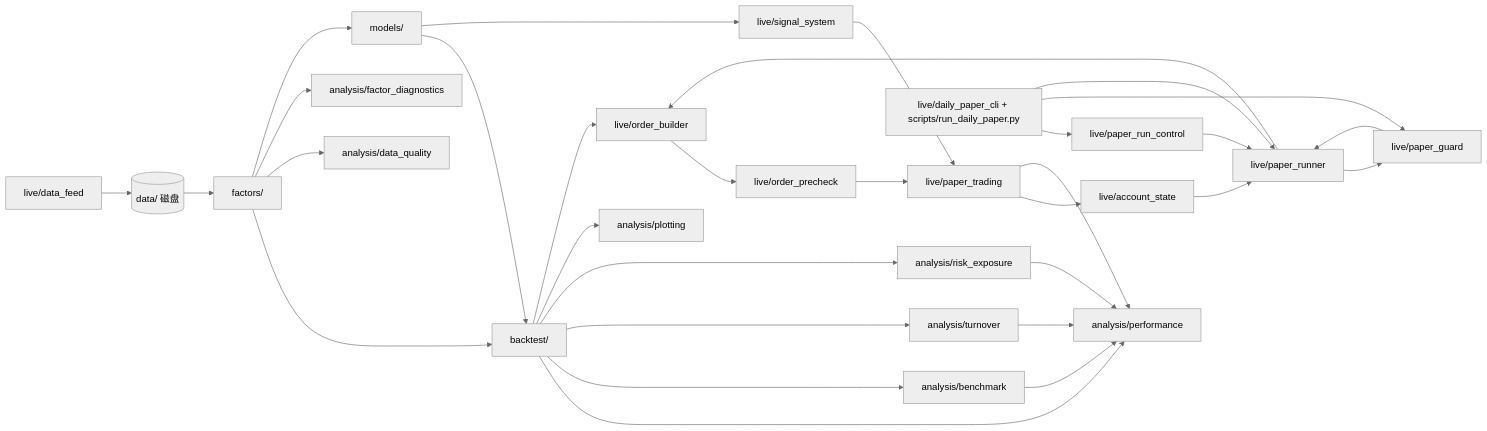
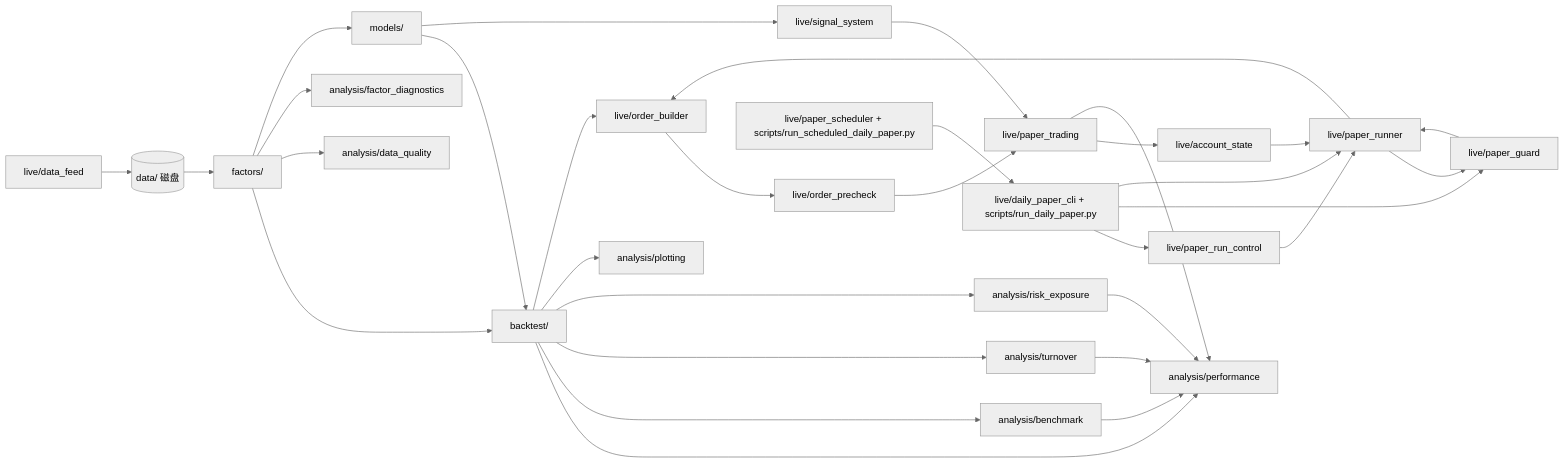
One commit to Mikowong0821/quant_strategy changed the diagram in docs/CODE_STRUCTURE.md. Above: the diagram before and after it, drawn with Mermaid (neutral theme). The commit also changed other lines of this file and 9 other files, not shown here.

Commit message:
Add scheduled paper trading entrypoint

````diff
--- a/docs/CODE_STRUCTURE.md
+++ b/docs/CODE_STRUCTURE.md
@@ -18,55 +18,57 @@
 ```mermaid
 flowchart LR
   data[(data/ 磁盘)]
   feed[live/data_feed]
   fac[factors/]
   bt[backtest/]
   opt[models/]
   sig[live/signal_system]
   order[live/order_builder]
   precheck[live/order_precheck]
   paper[live/paper_trading]
   state[live/account_state]
   runner[live/paper_runner]
   guard[live/paper_guard]
   control[live/paper_run_control]
+  scheduler[live/paper_scheduler + scripts/run_scheduled_daily_paper.py]
   cli[live/daily_paper_cli + scripts/run_daily_paper.py]
   perf[analysis/performance]
   dq[analysis/data_quality]
   diag[analysis/factor_diagnostics]
   bench[analysis/benchmark]
   turn[analysis/turnover]
   risk[analysis/risk_exposure]
   plot[analysis/plotting]
 
   data --> fac
   feed --> data
   fac --> bt
   fac --> dq
   fac --> diag
   opt --> bt
   bt --> perf
   bt --> bench
   bt --> turn
   bt --> risk
   bench --> perf
   turn --> perf
   risk --> perf
   bt --> plot
   bt --> order
   order --> precheck
   fac --> opt
   opt --> sig
   precheck --> paper
   paper --> state
   state --> runner
   cli --> control
   cli --> guard
   control --> runner
   guard --> runner
+  scheduler --> cli
   runner --> guard
   runner --> order
   cli --> runner
   sig --> paper
   paper --> perf
 ```
````
